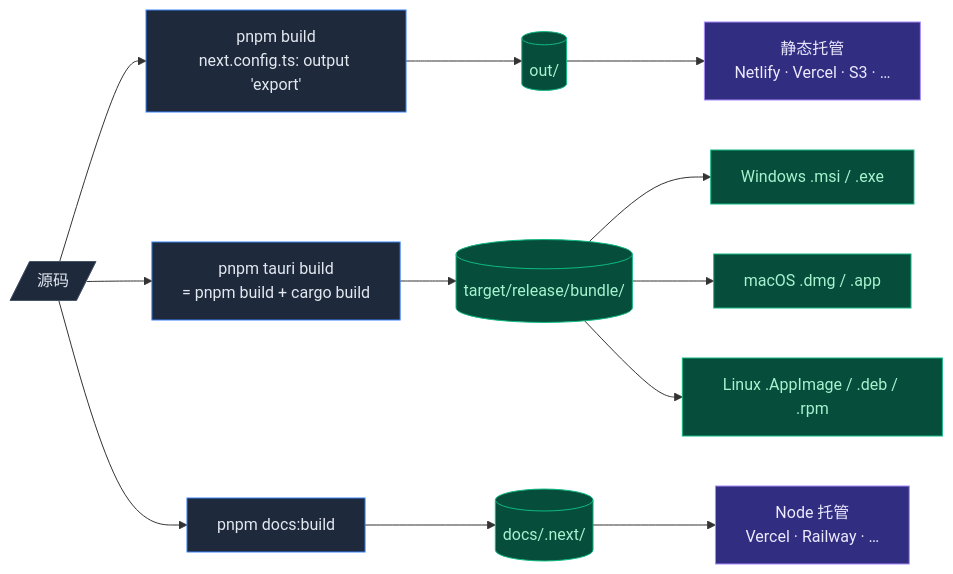
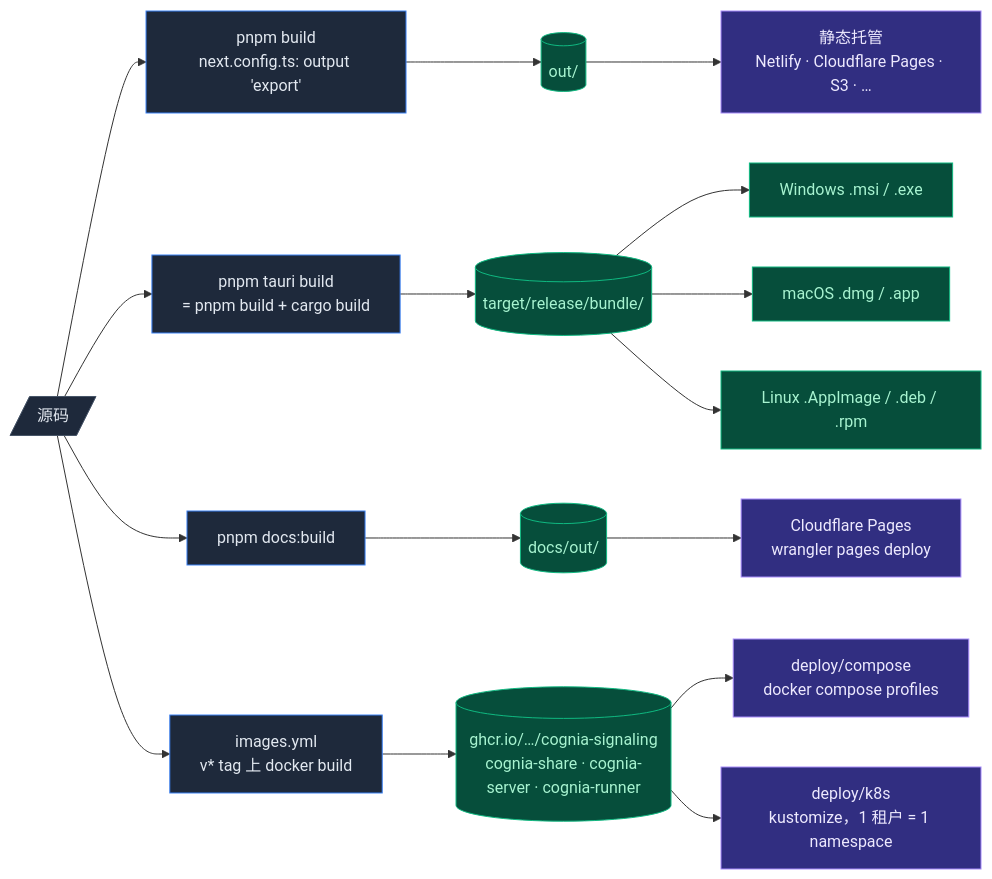
Before and after one commit to MaxQian888/cognia-next: the diagram in docs/content/docs/zh/dev/deployment.mdx, drawn with Mermaid. The commit also changed other lines of this file and 5 other files, not shown here.

````diff
--- a/docs/content/docs/zh/dev/deployment.mdx
+++ b/docs/content/docs/zh/dev/deployment.mdx
@@ -13,26 +14,31 @@
 ```mermaid
 flowchart LR
   Source[/源码/]
   Source --> NW[pnpm build<br/>next.config.ts: output 'export']
   NW --> Out[(out/)]
-  Out --> Static[静态托管<br/>Netlify · Vercel · S3 · …]
+  Out --> Static[静态托管<br/>Netlify · Cloudflare Pages · S3 · …]
 
   Source --> NT[pnpm tauri build<br/>= pnpm build + cargo build]
   NT --> Bundle[(target/release/bundle/)]
   Bundle --> WIN[Windows .msi / .exe]
   Bundle --> MAC[macOS .dmg / .app]
   Bundle --> LIN[Linux .AppImage / .deb / .rpm]
 
   Source --> ND[pnpm docs:build]
-  ND --> DocsOut[(docs/.next/)]
-  DocsOut --> NodeHost[Node 托管<br/>Vercel · Railway · …]
+  ND --> DocsOut[(docs/out/)]
+  DocsOut --> Pages[Cloudflare Pages<br/>wrangler pages deploy]
+
+  Source --> IM[images.yml<br/>v* tag 上 docker build]
+  IM --> GHCR[(ghcr.io/…/cognia-signaling<br/>cognia-share · cognia-server · cognia-runner)]
+  GHCR --> Compose[deploy/compose<br/>docker compose profiles]
+  GHCR --> K8s[deploy/k8s<br/>kustomize，1 租户 = 1 namespace]
 
   classDef src fill:#1e293b,stroke:#475569,color:#e2e8f0
   classDef step fill:#1e293b,stroke:#3b82f6,color:#e2e8f0
   classDef out fill:#064e3b,stroke:#10b981,color:#a7f3d0
   classDef host fill:#312e81,stroke:#a78bfa,color:#ede9fe
   class Source src
-  class NW,NT,ND step
-  class Out,Bundle,DocsOut,WIN,MAC,LIN out
-  class Static,NodeHost host
+  class NW,NT,ND,IM step
+  class Out,Bundle,DocsOut,WIN,MAC,LIN,GHCR out
+  class Static,Pages,Compose,K8s host
 ```
````
